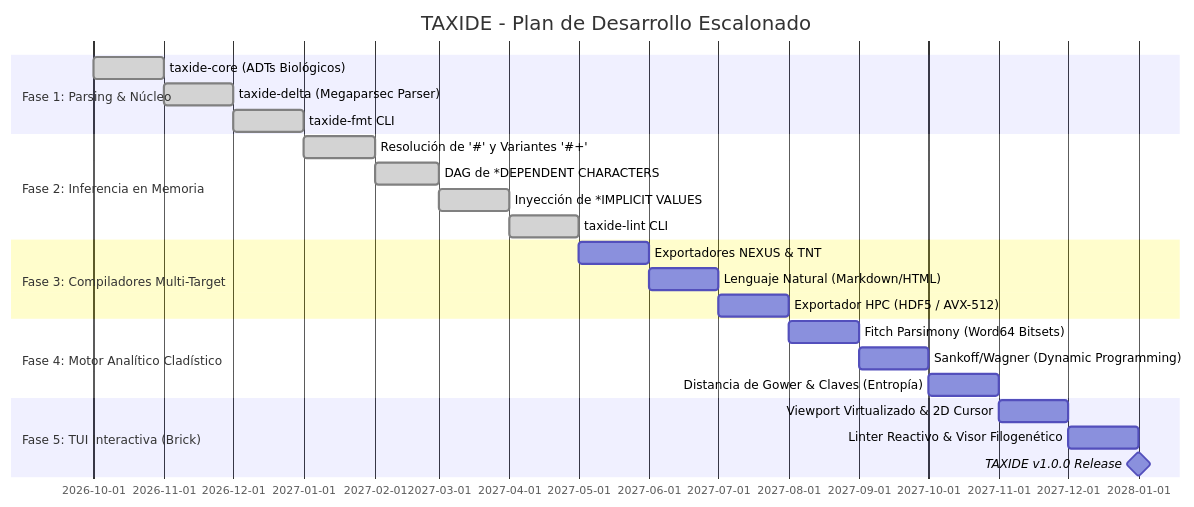
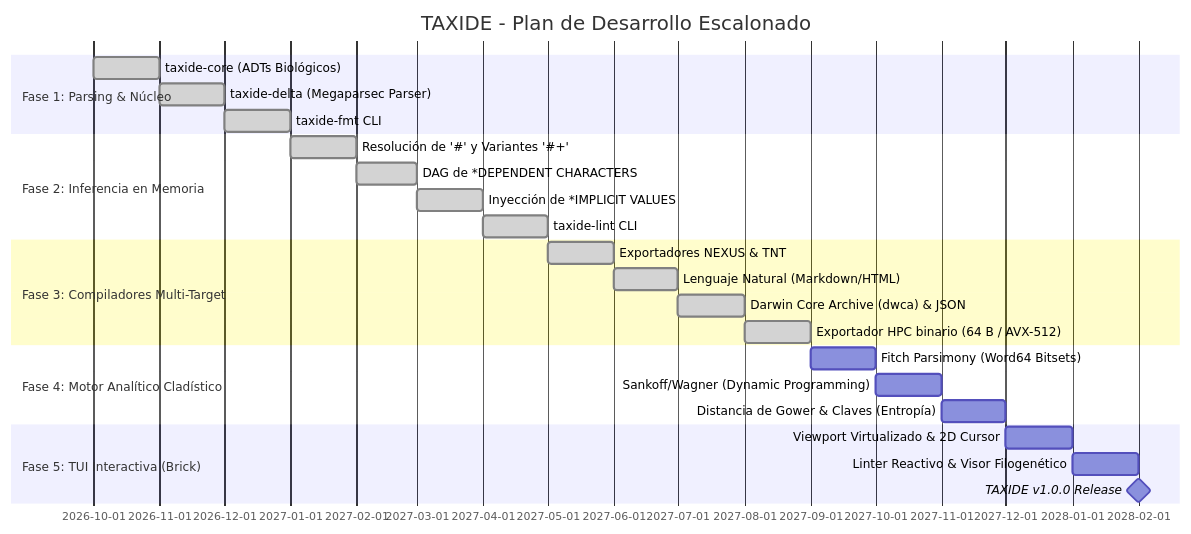
Before and after one commit to oscar-bio-dev/taxide: the second of 2 diagrams in README.md, drawn with Mermaid. The commit also changed other lines of this file and 16 other files, not shown here.

Commit message:
feat(export): Fase 3 - taxide-export y taxide-compile (nexus, tnt, natural, dwca, json, hdf5)

````diff
--- a/README.md
+++ b/README.md
@@ -164,26 +182,27 @@
 ```mermaid
 gantt
     title TAXIDE - Plan de Desarrollo Escalonado
     dateFormat  YYYY-MM
     section Fase 1: Parsing & Núcleo
     taxide-core (ADTs Biológicos)           :done, f1_1, 2026-10, 1M
     taxide-delta (Megaparsec Parser)         :done, f1_2, after f1_1, 1M
     taxide-fmt CLI                           :done, f1_3, after f1_2, 1M
     section Fase 2: Inferencia en Memoria
     Resolución de '#' y Variantes '#+'       :done, f2_1, after f1_3, 1M
     DAG de *DEPENDENT CHARACTERS             :done, f2_2, after f2_1, 1M
     Inyección de *IMPLICIT VALUES            :done, f2_3, after f2_2, 1M
     taxide-lint CLI                          :done, f2_4, after f2_3, 1M
     section Fase 3: Compiladores Multi-Target
-    Exportadores NEXUS & TNT                 :f3_1, after f2_4, 1M
-    Lenguaje Natural (Markdown/HTML)         :f3_2, after f3_1, 1M
-    Exportador HPC (HDF5 / AVX-512)          :f3_3, after f3_2, 1M
+    Exportadores NEXUS & TNT                 :done, f3_1, after f2_4, 1M
+    Lenguaje Natural (Markdown/HTML)         :done, f3_2, after f3_1, 1M
+    Darwin Core Archive (dwca) & JSON        :done, f3_3, after f3_2, 1M
+    Exportador HPC binario (64 B / AVX-512)  :done, f3_4, after f3_3, 1M
     section Fase 4: Motor Analítico Cladístico
-    Fitch Parsimony (Word64 Bitsets)         :f4_1, after f3_3, 1M
+    Fitch Parsimony (Word64 Bitsets)         :f4_1, after f3_4, 1M
     Sankoff/Wagner (Dynamic Programming)     :f4_2, after f4_1, 1M
     Distancia de Gower & Claves (Entropía)   :f4_3, after f4_2, 1M
     section Fase 5: TUI Interactiva (Brick)
     Viewport Virtualizado & 2D Cursor        :f5_1, after f4_3, 1M
     Linter Reactivo & Visor Filogenético     :f5_2, after f5_1, 1M
     TAXIDE v1.0.0 Release                    :milestone, f5_3, after f5_2, 0d
 ```
````
